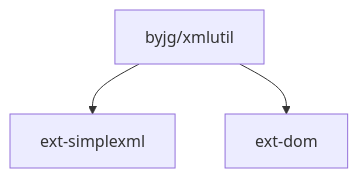
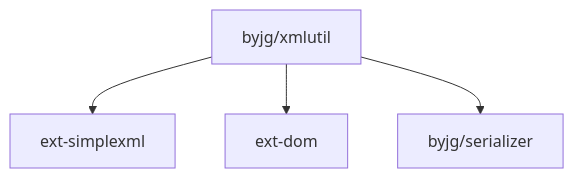
Before and after one commit to byjg/php-xmlutil: the diagram in README.md, drawn with Mermaid. The commit also changed 4 other files, not shown here.

````diff
--- a/README.md
+++ b/README.md
@@ -34,5 +34,6 @@
 ```mermaid
 flowchart TD
     byjg/xmlutil --> ext-simplexml
     byjg/xmlutil --> ext-dom
+    byjg/xmlutil --> byjg/serializer
 ```
````
